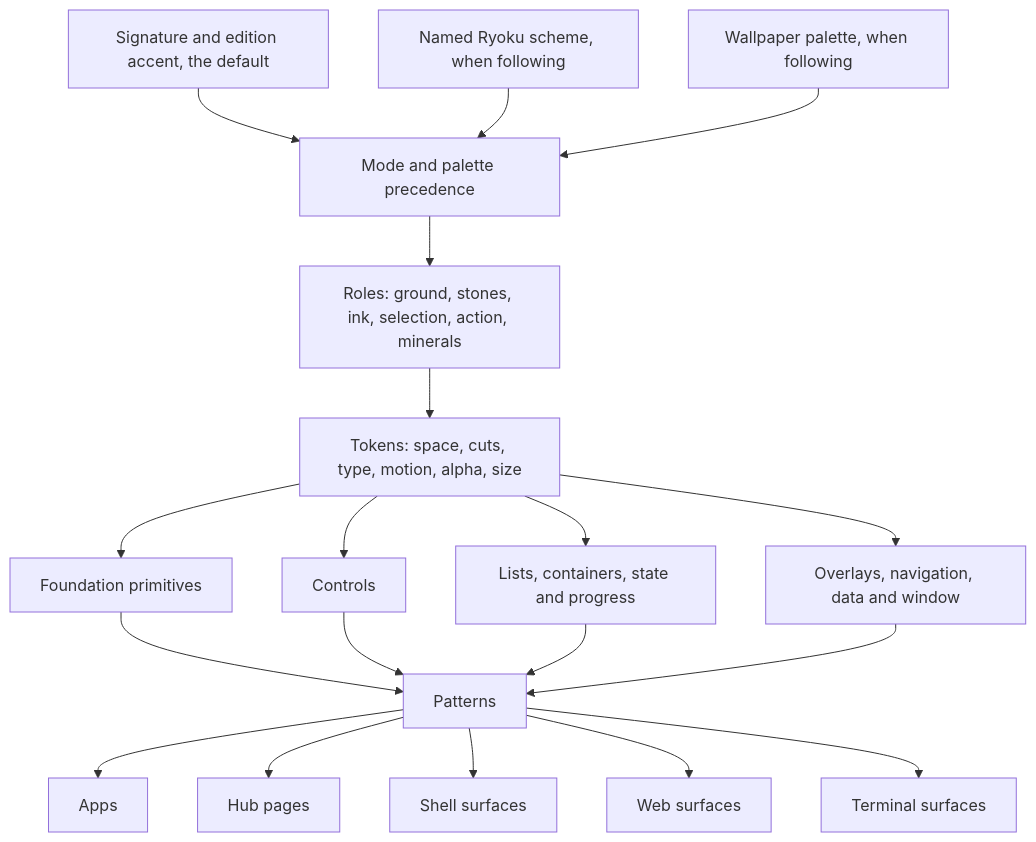
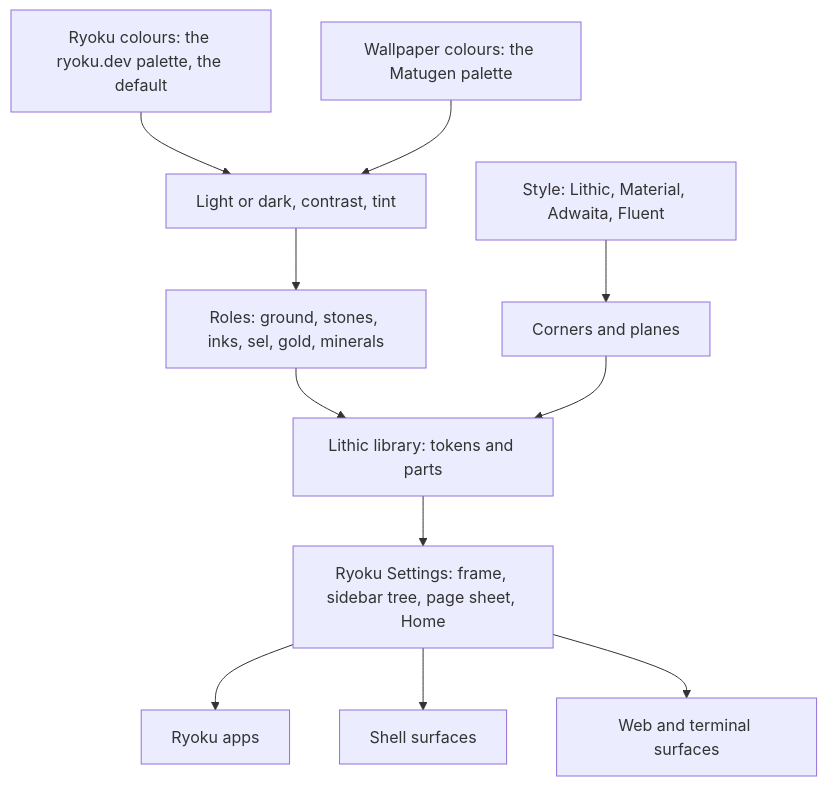
The diagram in docs/lithic/map.md (Ryoku-dev/ryoku), drawn with Mermaid before and after one commit. The commit also changed other lines of this file and 31 other files, not shown here.

First line of the commit message:
[docs] lithic: write the Ryoku UI language from the Hub

````diff
--- a/docs/lithic/map.md
+++ b/docs/lithic/map.md
@@ -7,21 +11,13 @@
 ```mermaid
 flowchart TD
-    C[Signature and edition accent, the default] --> D[Mode and palette precedence]
-    A[Named Ryoku scheme, when following] --> D
-    B[Wallpaper palette, when following] --> D
-    D --> E[Roles: ground, stones, ink, selection, action, minerals]
-    E --> F[Tokens: space, cuts, type, motion, alpha, size]
-    F --> G1[Foundation primitives]
-    F --> G2[Controls]
-    F --> G3[Lists, containers, state and progress]
-    F --> G4[Overlays, navigation, data and window]
-    G1 --> H[Patterns]
-    G2 --> H
-    G3 --> H
-    G4 --> H
-    H --> I1[Apps]
-    H --> I2[Hub pages]
-    H --> I3[Shell surfaces]
-    H --> I4[Web surfaces]
-    H --> I5[Terminal surfaces]
+    A[Ryoku colours: the ryoku.dev palette, the default] --> C[Light or dark, contrast, tint]
+    B[Wallpaper colours: the Matugen palette] --> C
+    C --> D[Roles: ground, stones, inks, sel, gold, minerals]
+    S[Style: Lithic, Material, Adwaita, Fluent] --> E[Corners and planes]
+    D --> F[Lithic library: tokens and parts]
+    E --> F
+    F --> H[Ryoku Settings: frame, sidebar tree, page sheet, Home]
+    H --> I1[Ryoku apps]
+    H --> I2[Shell surfaces]
+    H --> I3[Web and terminal surfaces]
 ```
````
